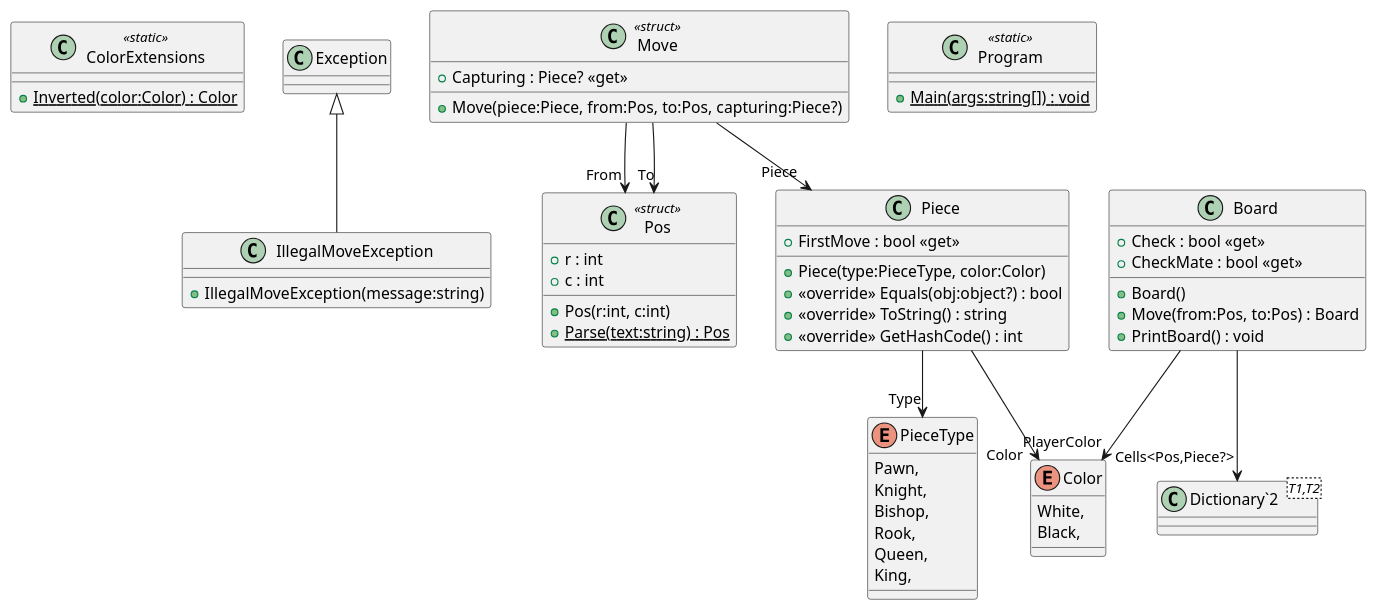
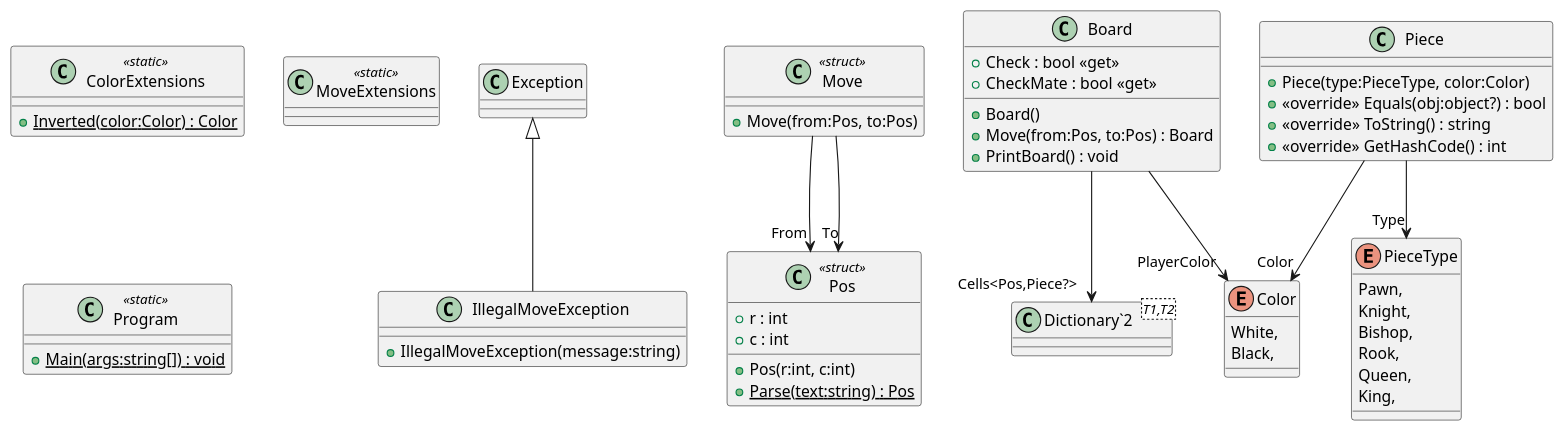
The diagram in plantuml/include.puml (jk-ba/Chess), drawn with PlantUML before and after one commit. The commit also changed 3 other files, not shown here.

```diff
--- a/plantuml/include.puml
+++ b/plantuml/include.puml
@@ -1,57 +1,56 @@
 @startuml
 class ColorExtensions <<static>> {
     + {static} Inverted(color:Color) : Color
 }
 class IllegalMoveException {
     + IllegalMoveException(message:string)
 }
 Exception <|-- IllegalMoveException
 class Pos <<struct>> {
     + r : int
     + c : int
     + Pos(r:int, c:int)
     + {static} Parse(text:string) : Pos
 }
 class Board {
     + Board()
     + Check : bool <<get>>
     + CheckMate : bool <<get>>
     + Move(from:Pos, to:Pos) : Board
     + PrintBoard() : void
 }
 class "Dictionary`2"<T1,T2> {
 }
 Board --> "PlayerColor" Color
 Board --> "Cells<Pos,Piece?>" "Dictionary`2"
 enum Color {
     White,
     Black,
 }
 enum PieceType {
     Pawn,
     Knight,
     Bishop,
     Rook,
     Queen,
     King,
 }
 class Piece {
-    + FirstMove : bool <<get>>
     + Piece(type:PieceType, color:Color)
     + <<override>> Equals(obj:object?) : bool
     + <<override>> ToString() : string
     + <<override>> GetHashCode() : int
 }
 Piece --> "Type" PieceType
 Piece --> "Color" Color
+class MoveExtensions <<static>> {
+}
 class Move <<struct>> {
-    + Move(piece:Piece, from:Pos, to:Pos, capturing:Piece?)
-    + Capturing : Piece? <<get>>
+    + Move(from:Pos, to:Pos)
 }
-Move --> "Piece" Piece
 Move --> "From" Pos
 Move --> "To" Pos
 class Program <<static>> {
     + {static} Main(args:string[]) : void
 }
 @enduml
```
